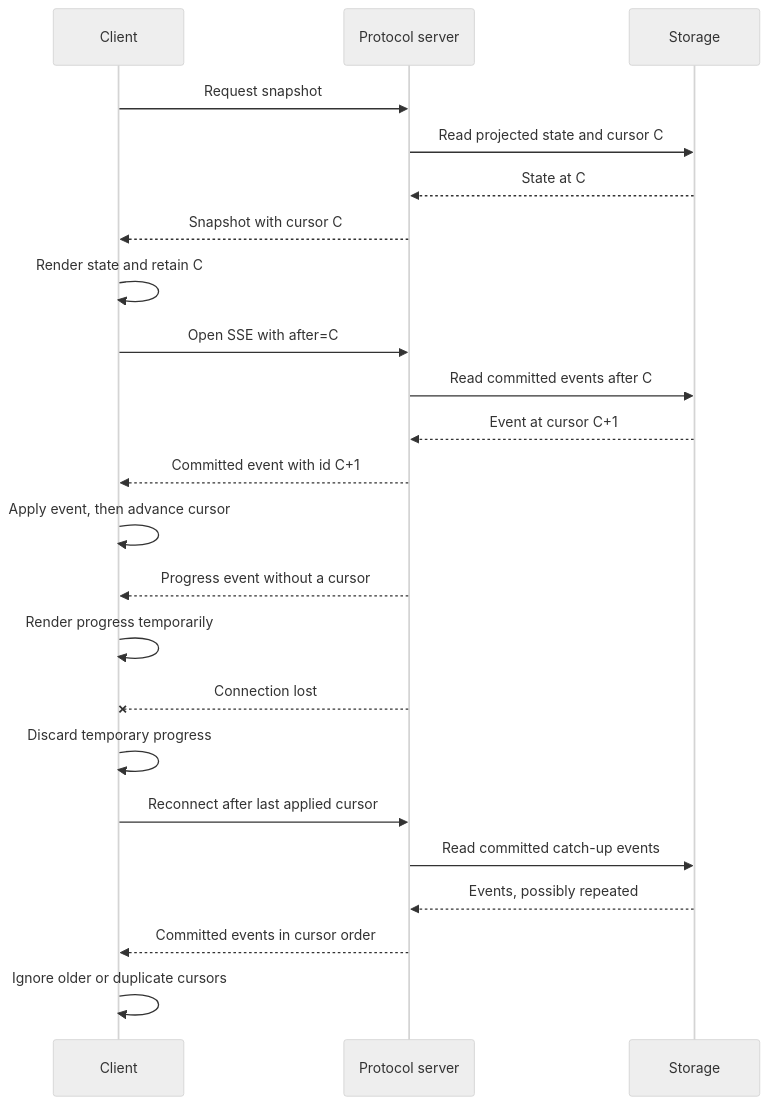
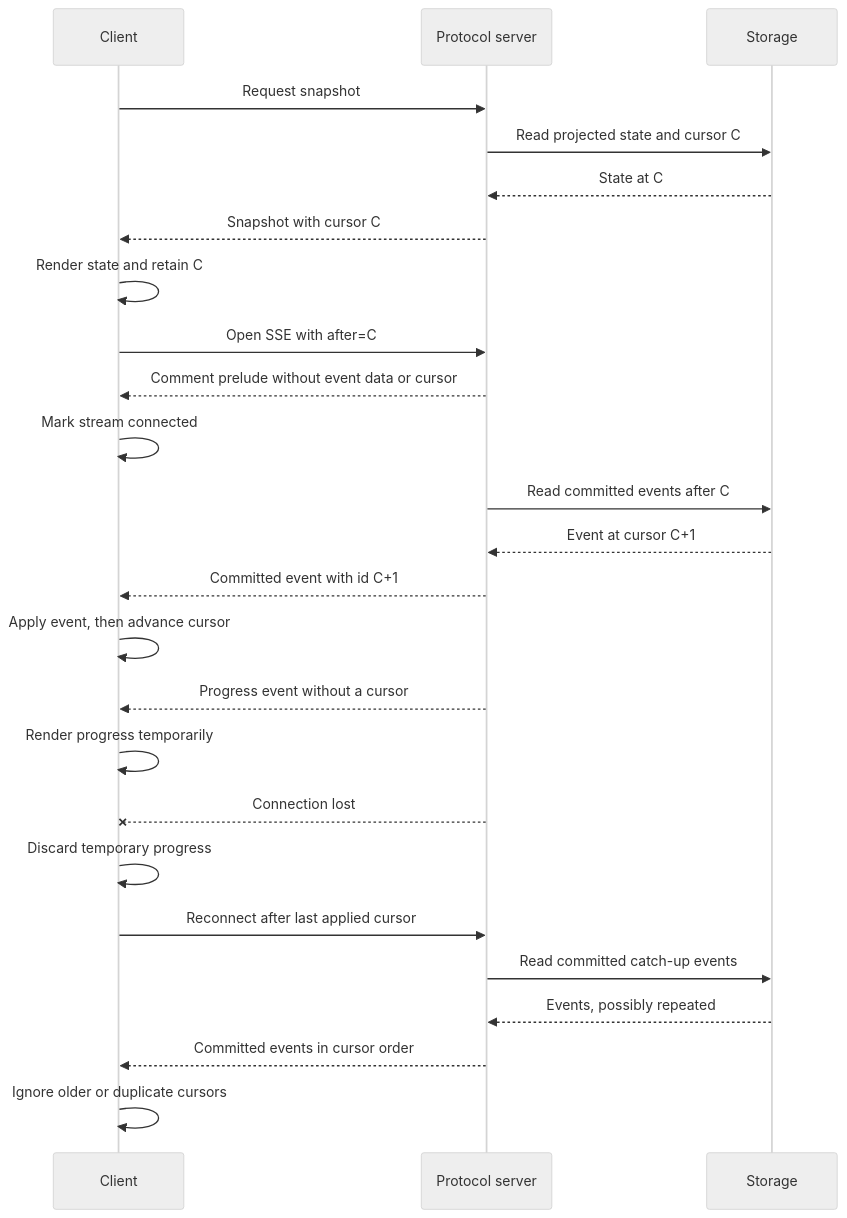
One commit to kousun12/agencity changed the diagram in docs/protocol.md. Above: the diagram before and after it, drawn with Mermaid (neutral theme). The commit also changed other lines of this file and 3 other files, not shown here.

````diff
--- a/docs/protocol.md
+++ b/docs/protocol.md
@@ -305,28 +305,30 @@
 ```mermaid
 sequenceDiagram
     participant Client
     participant Protocol as Protocol server
     participant Storage
 
     Client->>Protocol: Request snapshot
     Protocol->>Storage: Read projected state and cursor C
     Storage-->>Protocol: State at C
     Protocol-->>Client: Snapshot with cursor C
     Client->>Client: Render state and retain C
 
     Client->>Protocol: Open SSE with after=C
+    Protocol-->>Client: Comment prelude without event data or cursor
+    Client->>Client: Mark stream connected
     Protocol->>Storage: Read committed events after C
     Storage-->>Protocol: Event at cursor C+1
     Protocol-->>Client: Committed event with id C+1
     Client->>Client: Apply event, then advance cursor
     Protocol-->>Client: Progress event without a cursor
     Client->>Client: Render progress temporarily
 
     Protocol--xClient: Connection lost
     Client->>Client: Discard temporary progress
     Client->>Protocol: Reconnect after last applied cursor
     Protocol->>Storage: Read committed catch-up events
     Storage-->>Protocol: Events, possibly repeated
     Protocol-->>Client: Committed events in cursor order
     Client->>Client: Ignore older or duplicate cursors
 ```
````
